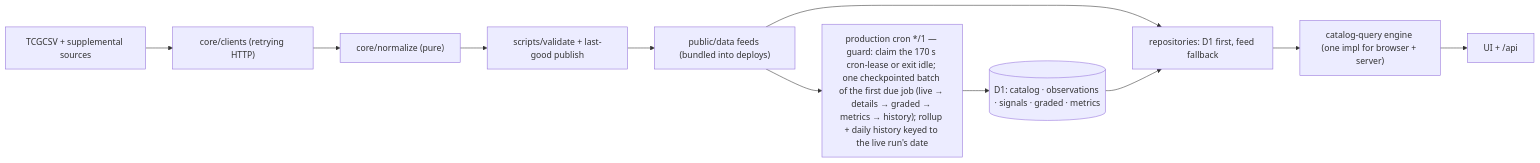
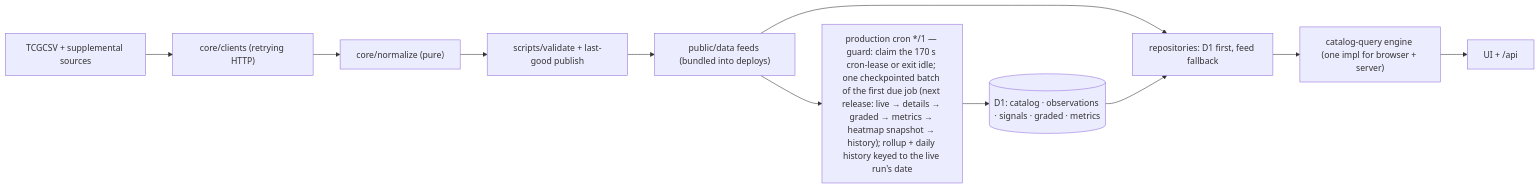
The third of 3 diagrams in docs/helicopter-view.md (cjord/rawsignal), drawn with Mermaid before and after one commit. The commit also changed 17 other files, not shown here.

Commit message:
Precompute set heatmap snapshots after daily ingestion

````diff
--- a/docs/helicopter-view.md
+++ b/docs/helicopter-view.md
@@ -106,18 +106,18 @@
 ```mermaid
 flowchart LR
   src["TCGCSV + supplemental sources"]
   clients["core/clients (retrying HTTP)"]
   norm["core/normalize (pure)"]
   val["scripts/validate + last-good publish"]
   pub["public/data feeds (bundled into deploys)"]
-  cron["production cron */1 — guard: claim the 170 s cron-lease or exit idle; one checkpointed batch of the first due job (live → details → graded → metrics → history); rollup + daily history keyed to the live run's date"]
+  cron["production cron */1 — guard: claim the 170 s cron-lease or exit idle; one checkpointed batch of the first due job (next release: live → details → graded → metrics → heatmap snapshot → history); rollup + daily history keyed to the live run's date"]
   d1[("D1: catalog · observations · signals · graded · metrics")]
   repos["repositories: D1 first, feed fallback"]
   engine["catalog-query engine (one impl for browser + server)"]
   uiEnd["UI + /api"]
 
   src --> clients --> norm --> val --> pub
   pub --> cron --> d1
   pub --> repos
   d1 --> repos --> engine --> uiEnd
 ```
````
